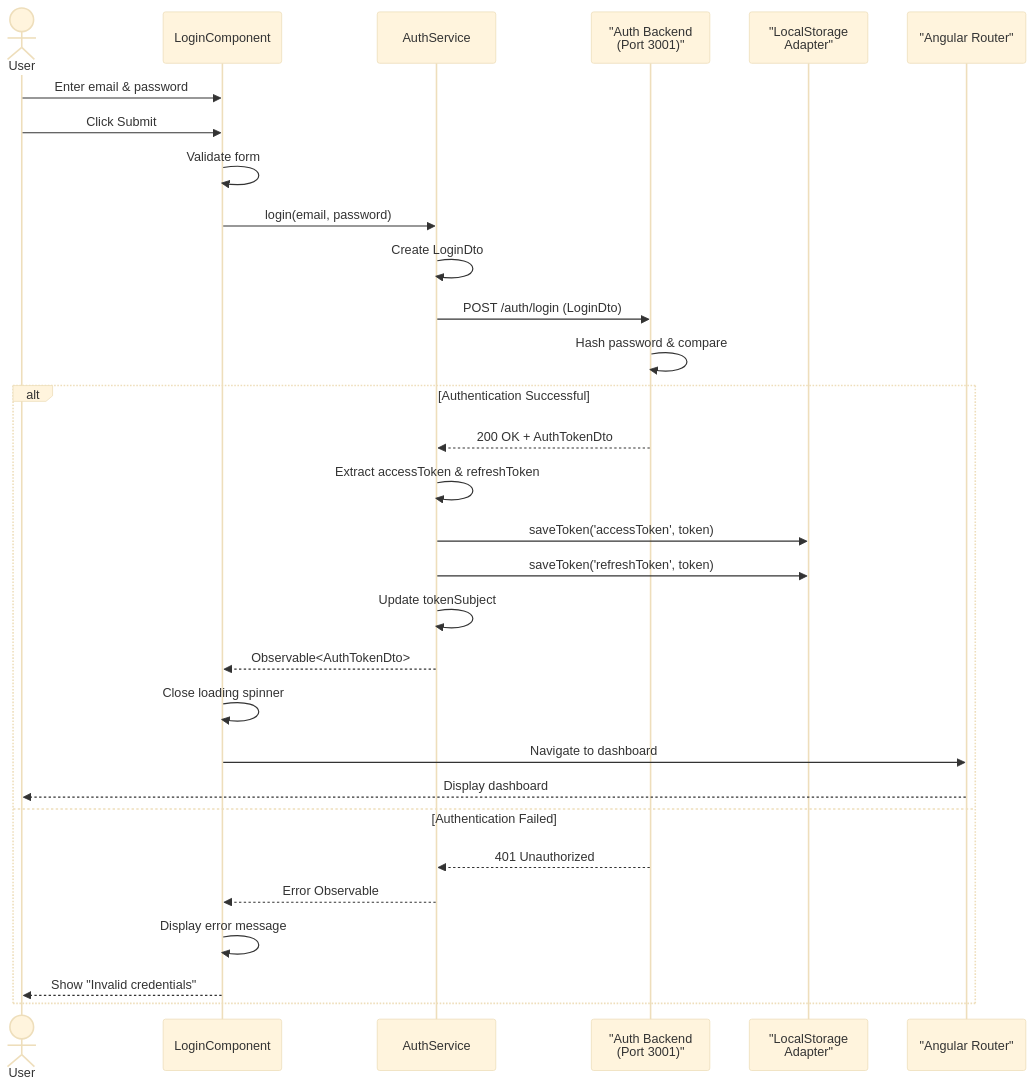
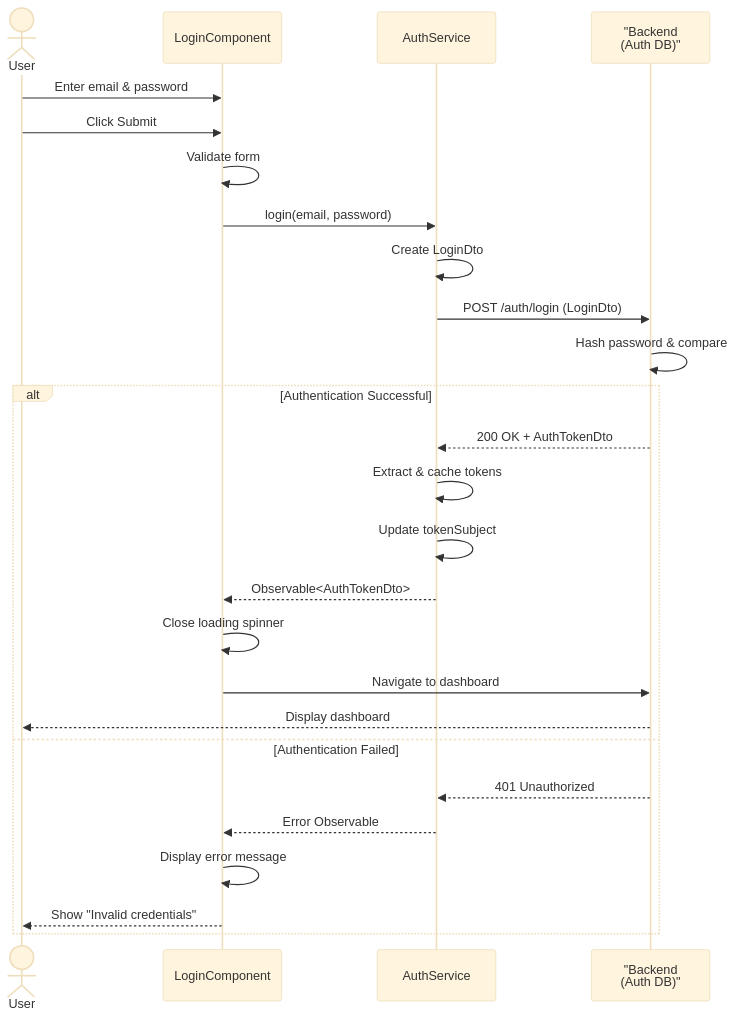
The first of 5 diagrams in apps/business-logic-ui/Sequence-Diagram.md (seankcheema/trading-season), drawn with Mermaid (base theme) before and after one commit. The commit also changed other lines of this file and 1 other file, not shown here.

Commit message:
feat: KAN-47/KAN-127/Create Visual Representation of Architecture

````diff
--- a/apps/business-logic-ui/Sequence-Diagram.md
+++ b/apps/business-logic-ui/Sequence-Diagram.md
@@ -5,37 +5,33 @@
 ```mermaid
 sequenceDiagram
     actor User
     participant LoginComponent
     participant AuthService
-    participant Backend as "Auth Backend<br/>(Port 3001)"
-    participant LocalStorage as "LocalStorage<br/>Adapter"
-    participant Router as "Angular Router"
+    participant Backend as "Backend<br/>(Auth DB)"
 
     User->>LoginComponent: Enter email & password
     User->>LoginComponent: Click Submit
     
     LoginComponent->>LoginComponent: Validate form
     LoginComponent->>AuthService: login(email, password)
     
     AuthService->>AuthService: Create LoginDto
     AuthService->>Backend: POST /auth/login (LoginDto)
     
     Backend->>Backend: Hash password & compare
     
     alt Authentication Successful
         Backend-->>AuthService: 200 OK + AuthTokenDto
-        AuthService->>AuthService: Extract accessToken & refreshToken
-        AuthService->>LocalStorage: saveToken('accessToken', token)
-        AuthService->>LocalStorage: saveToken('refreshToken', token)
+        AuthService->>AuthService: Extract & cache tokens
         AuthService->>AuthService: Update tokenSubject
         AuthService-->>LoginComponent: Observable<AuthTokenDto>
         LoginComponent->>LoginComponent: Close loading spinner
-        LoginComponent->>Router: Navigate to dashboard
-        Router-->>User: Display dashboard
+        LoginComponent->>Backend: Navigate to dashboard
+        Backend-->>User: Display dashboard
     else Authentication Failed
         Backend-->>AuthService: 401 Unauthorized
         AuthService-->>LoginComponent: Error Observable
         LoginComponent->>LoginComponent: Display error message
         LoginComponent-->>User: Show "Invalid credentials"
     end
 ```
````
